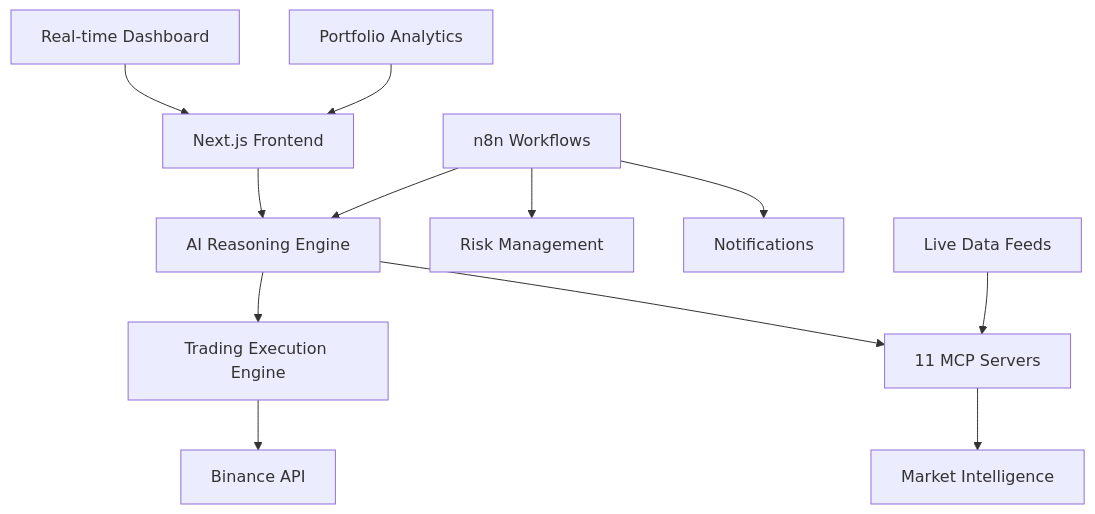
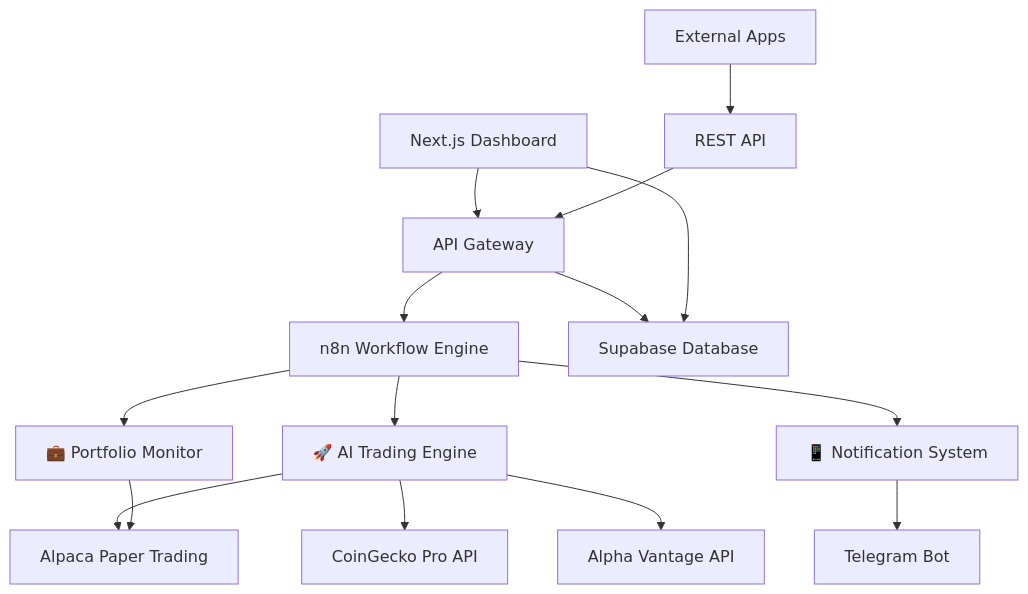
Before and after one commit to Jkinney331/Agent-3.1: the diagram in README.md, drawn with Mermaid. The commit also changed other lines of this file and 76 other files, not shown here.

````diff
--- a/README.md
+++ b/README.md
@@ -57,17 +28,20 @@
 ```mermaid
-graph TD
-    A[Next.js Frontend] --> B[AI Reasoning Engine]
-    B --> C[Trading Execution Engine]
-    C --> D[Binance API]
+graph TB
+    A[Next.js Dashboard] --> B[API Gateway]
+    B --> C[n8n Workflow Engine]
+    C --> D[🚀 AI Trading Engine]
+    C --> E[💼 Portfolio Monitor]
+    C --> F[📱 Notification System]
     
-    B --> E[11 MCP Servers]
-    E --> F[Market Intelligence]
+    D --> G[Alpaca Paper Trading]
+    D --> H[CoinGecko Pro API]
+    D --> I[Alpha Vantage API]
+    E --> G
+    F --> J[Telegram Bot]
     
-    G[n8n Workflows] --> B
-    G --> H[Risk Management]
-    G --> I[Notifications]
+    B --> K[Supabase Database]
+    A --> K
     
-    J[Real-time Dashboard] --> A
-    K[Portfolio Analytics] --> A
-    L[Live Data Feeds] --> E
+    L[External Apps] --> M[REST API]
+    M --> B
 ```
````
